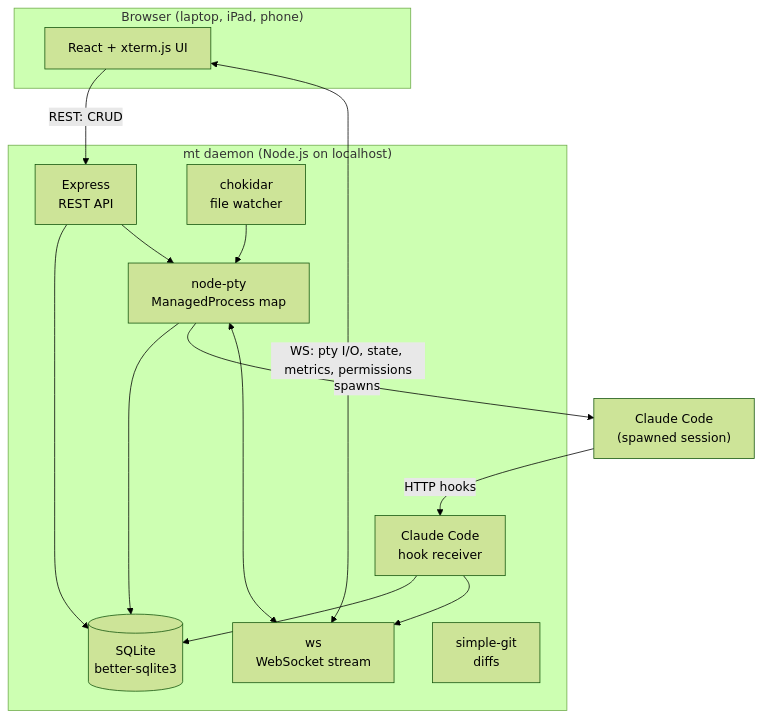
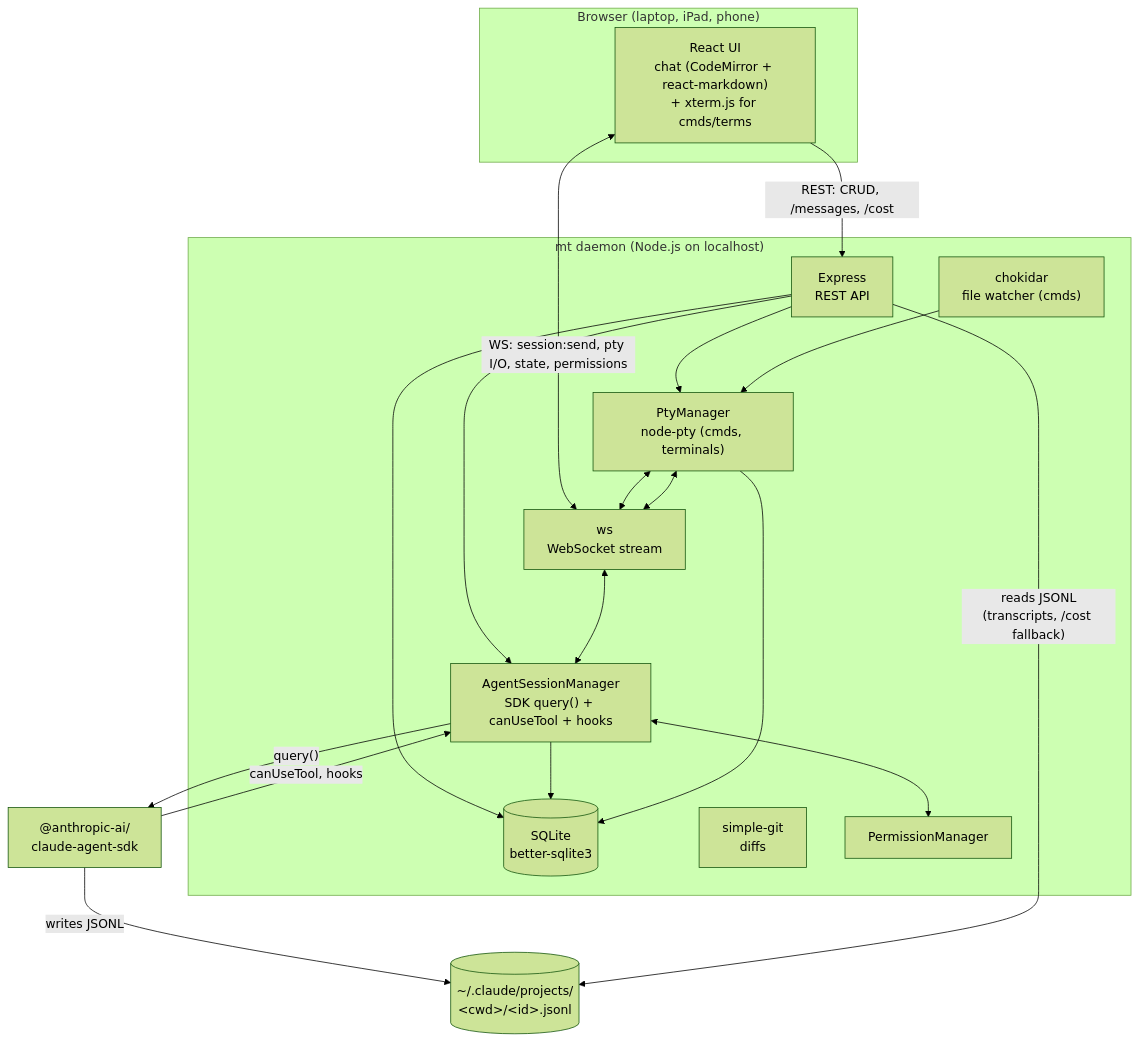
The diagram in README.md (multitable-dev/multitable), drawn with Mermaid (forest theme) before and after one commit. The commit also changed other lines of this file and 1 other file, not shown here.

Commit message:
feat: update documentation to reflect SDK-driven sessions and enhance feature descriptions

````diff
--- a/README.md
+++ b/README.md
@@ -322,30 +326,37 @@
 ```mermaid
 flowchart TB
     subgraph Browser["Browser (laptop, iPad, phone)"]
-        UI["React + xterm.js UI"]
+        UI["React UI<br/>chat (CodeMirror + react-markdown)<br/>+ xterm.js for cmds/terms"]
     end
 
     subgraph Daemon["mt daemon (Node.js on localhost)"]
         Express["Express<br/>REST API"]
         WS["ws<br/>WebSocket stream"]
-        PTY["node-pty<br/>ManagedProcess map"]
+        Agent["AgentSessionManager<br/>SDK query() + canUseTool + hooks"]
+        PTY["PtyManager<br/>node-pty (cmds, terminals)"]
         DB[("SQLite<br/>better-sqlite3")]
-        Watcher["chokidar<br/>file watcher"]
+        Watcher["chokidar<br/>file watcher (cmds)"]
         Git["simple-git<br/>diffs"]
-        Hooks["Claude Code<br/>hook receiver"]
+        Perms["PermissionManager"]
     end
 
-    UI -- "REST: CRUD" --> Express
-    UI <-- "WS: pty I/O, state, metrics, permissions" --> WS
+    UI -- "REST: CRUD, /messages, /cost" --> Express
+    UI <-- "WS: session:send, pty I/O, state, permissions" --> WS
 
     Express --> DB
+    Express --> Agent
     Express --> PTY
+    WS <--> Agent
     WS <--> PTY
     Watcher --> PTY
+
+    Agent -- "query()" --> SDK["@anthropic-ai/<br/>claude-agent-sdk"]
+    Agent --> DB
+    Agent <--> Perms
+    SDK -- "canUseTool, hooks" --> Agent
+    SDK -- "writes JSONL" --> JSONL[("~/.claude/projects/<br/>&lt;cwd&gt;/&lt;id&gt;.jsonl")]
+    Express -- "reads JSONL<br/>(transcripts, /cost fallback)" --> JSONL
+
     PTY --> DB
-    Hooks --> DB
-    Hooks --> WS
-
-    ClaudeCode["Claude Code<br/>(spawned session)"] -- "HTTP hooks" --> Hooks
-    PTY -- "spawns" --> ClaudeCode
+    PTY <--> WS
 ```
````
